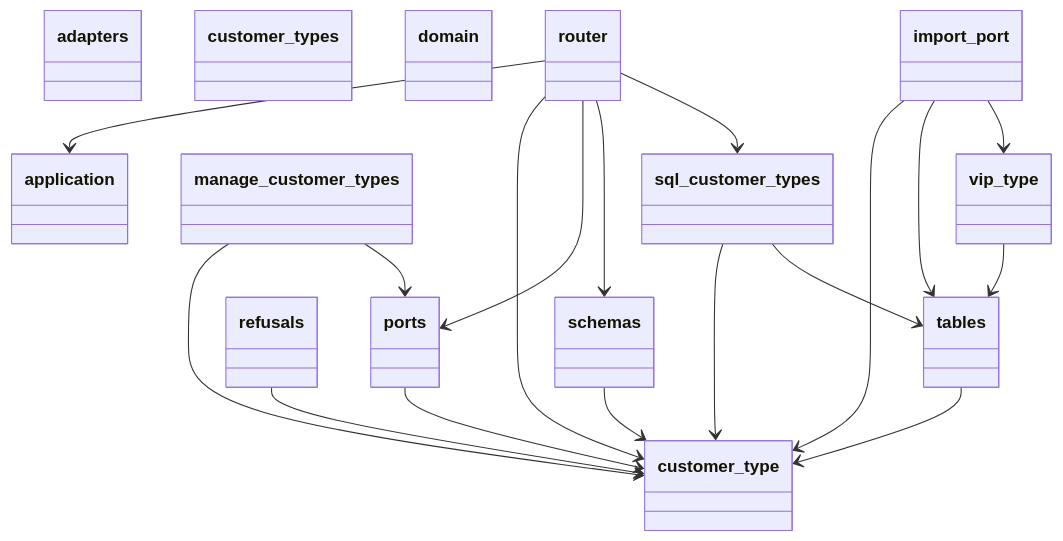
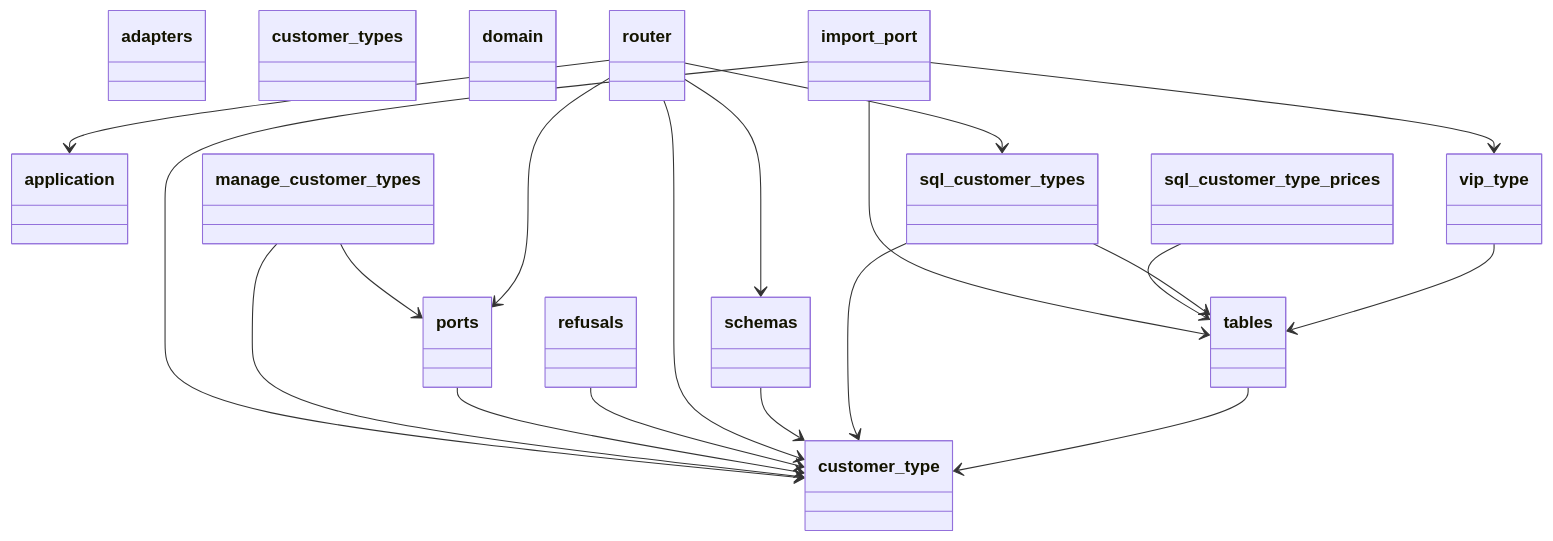
One commit to GonzaloZevallos/apostrophe changed the first of 4 diagrams in docs/architecture/generated/classes/customer_types.md. Above: the diagram before and after it, drawn with Mermaid. The commit also changed other lines of this file and 11 other files, not shown here.

First line of the commit message:
Add customer_type_price: table, repository and migration 0029 with the VIP backfill

````diff
--- a/docs/architecture/generated/classes/customer_types.md
+++ b/docs/architecture/generated/classes/customer_types.md
@@ -7,48 +7,51 @@
 ```mermaid
 classDiagram
   class adapters {
   }
   class application {
   }
   class customer_type {
   }
   class customer_types {
   }
   class domain {
   }
   class import_port {
   }
   class manage_customer_types {
   }
   class ports {
   }
   class refusals {
   }
   class router {
   }
   class schemas {
   }
+  class sql_customer_type_prices {
+  }
   class sql_customer_types {
   }
   class tables {
   }
   class vip_type {
   }
   import_port --> customer_type
   import_port --> tables
   import_port --> vip_type
   manage_customer_types --> customer_type
   manage_customer_types --> ports
   ports --> customer_type
   refusals --> customer_type
   router --> application
   router --> customer_type
   router --> ports
   router --> schemas
   router --> sql_customer_types
   schemas --> customer_type
+  sql_customer_type_prices --> tables
   sql_customer_types --> customer_type
   sql_customer_types --> tables
   tables --> customer_type
   vip_type --> tables
 ```
````
